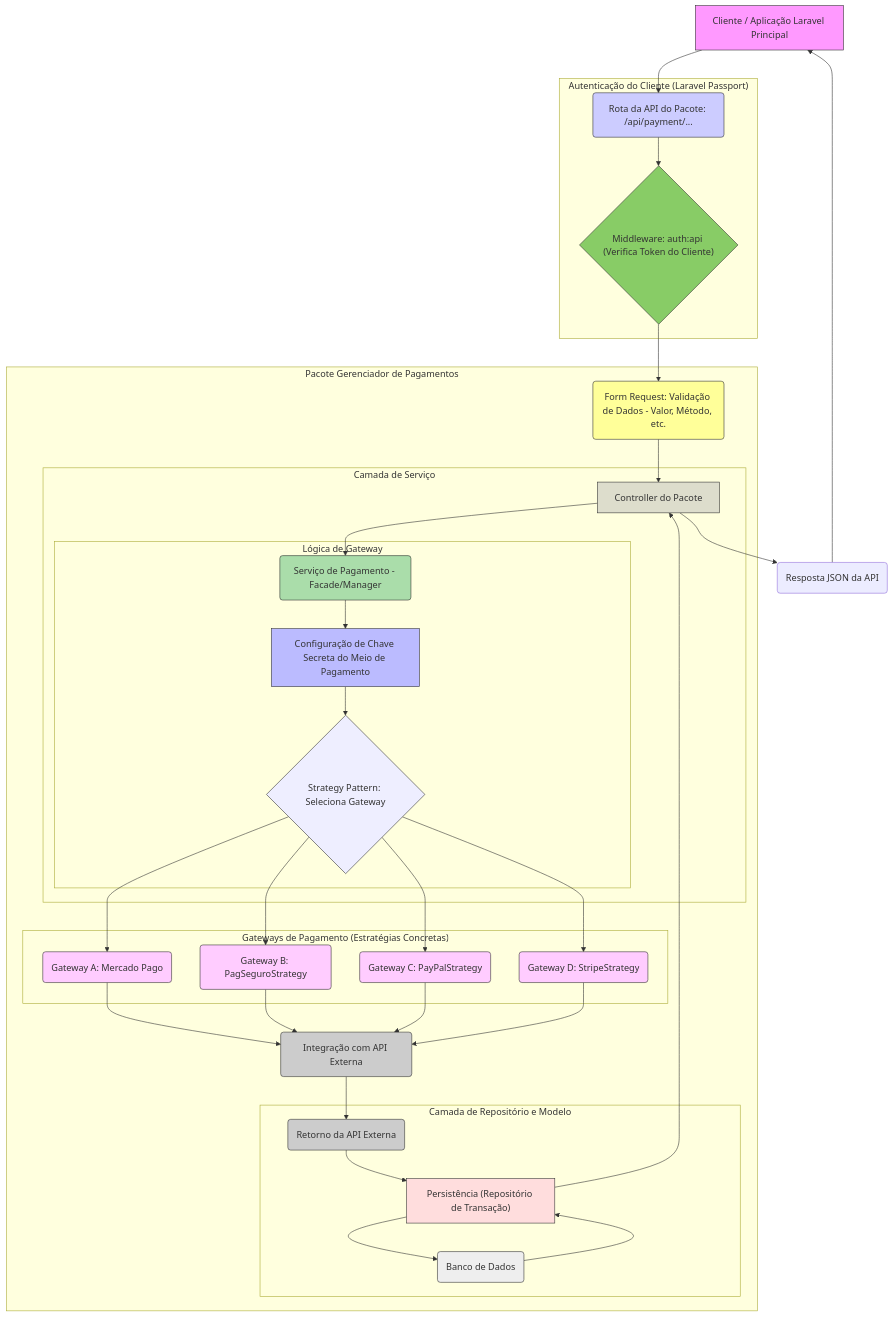
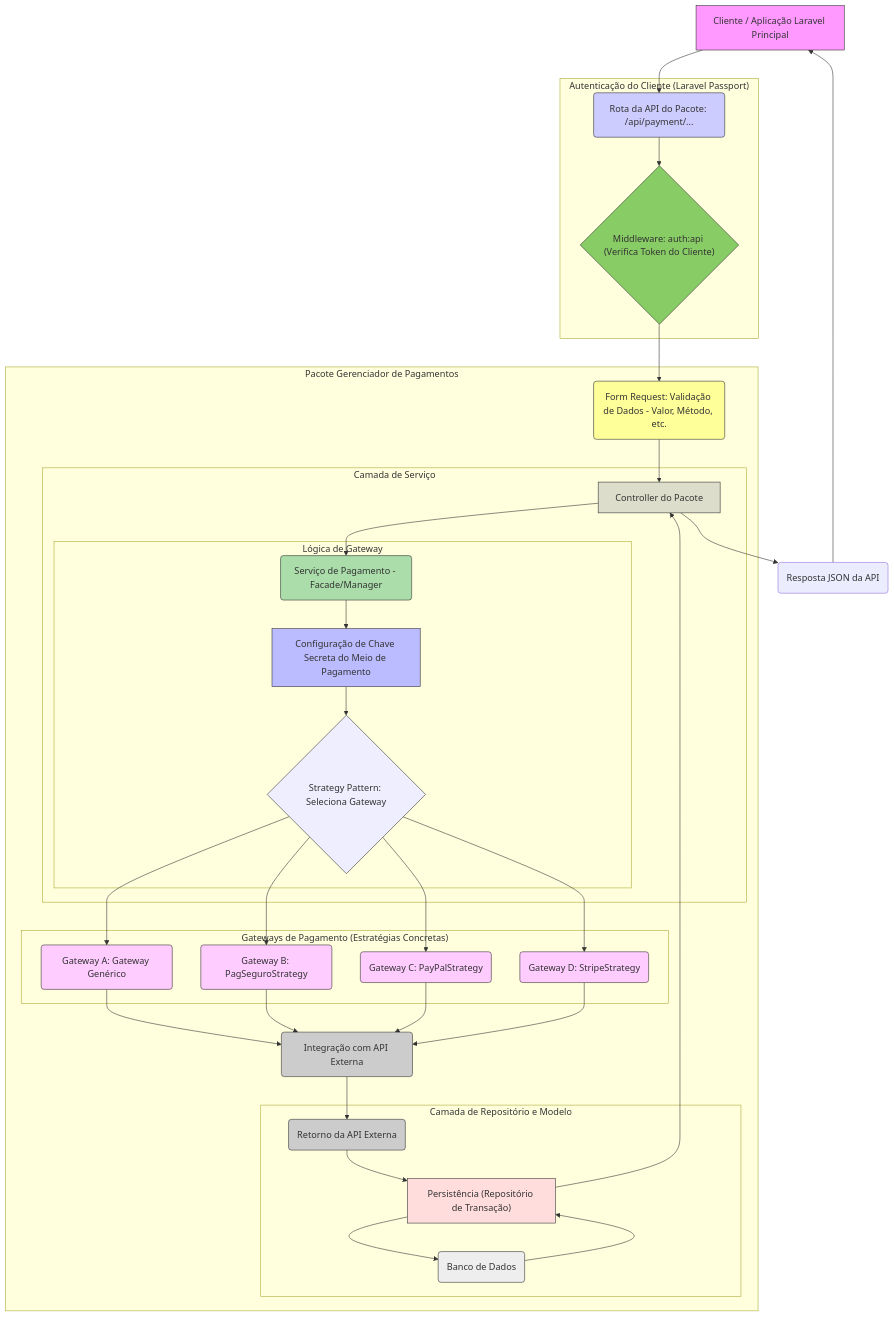
The diagram in docs/payment-module-manager-fluxo_mermaidchart.mmd (uendelsilveira/payment-module-manager), drawn with Mermaid before and after one commit. The commit also changed 32 other files, not shown here.

```diff
--- a/docs/payment-module-manager-fluxo_mermaidchart.mmd
+++ b/docs/payment-module-manager-fluxo_mermaidchart.mmd
@@ -1,62 +1,62 @@
 graph TD
     A[Cliente / Aplicação Laravel Principal] --> R(Rota da API do Pacote: /api/payment/...);
 
     subgraph "Autenticação do Cliente (Laravel Passport)"
         R --> C1{"Middleware: auth:api (Verifica Token do Cliente)"};
     end
-    
+
     subgraph Pacote Gerenciador de Pagamentos
         C1 --> V(Form Request: Validação de Dados - Valor, Método, etc.);
-        
+
         V --> D[Controller do Pacote];
-        
+
         subgraph Camada de Serviço
             D --> E(Serviço de Pagamento - Facade/Manager);
-            
+
             subgraph Lógica de Gateway
                 E --> A1[Configuração de Chave Secreta do Meio de Pagamento];
                 A1 --> F{Strategy Pattern: Seleciona Gateway};
             end
         end
-        
+
         subgraph "Gateways de Pagamento (Estratégias Concretas)"
-            F --> G1(Gateway A: Mercado Pago);
+            F --> G1(Gateway A: Gateway Genérico);
             F --> G2(Gateway B: PagSeguroStrategy);
             F --> G3(Gateway C: PayPalStrategy);
             F --> G4(Gateway D: StripeStrategy);
         end
-        
+
         G1 --> H(Integração com API Externa);
         G2 --> H;
         G3 --> H;
         G4 --> H;
-        
+
         H --> I(Retorno da API Externa);
-        
+
         subgraph Camada de Repositório e Modelo
             I --> J["Persistência (Repositório de Transação)"];
             J --> K(Banco de Dados);
         end
     end
-    
+
     K --> J;
-    J --> D; 
+    J --> D;
     D --> L(Resposta JSON da API);
     L --> A;
 
     style A fill:#f9f,stroke:#333
     style R fill:#ccf,stroke:#333
     style C1 fill:#8c6,stroke:#333
     style V fill:#ff9,stroke:#333
     style D fill:#ddc,stroke:#333
     style E fill:#ada,stroke:#333
     style F fill:#eef,stroke:#333
     style A1 fill:#bbf,stroke:#333
     style G1 fill:#fcf,stroke:#333
     style G2 fill:#fcf,stroke:#333
     style G3 fill:#fcf,stroke:#333
     style G4 fill:#fcf,stroke:#333
     style J fill:#fdd,stroke:#333
     style K fill:#eee,stroke:#333
     style H fill:#ccc,stroke:#333
     style I fill:#ccc,stroke:#333
```
